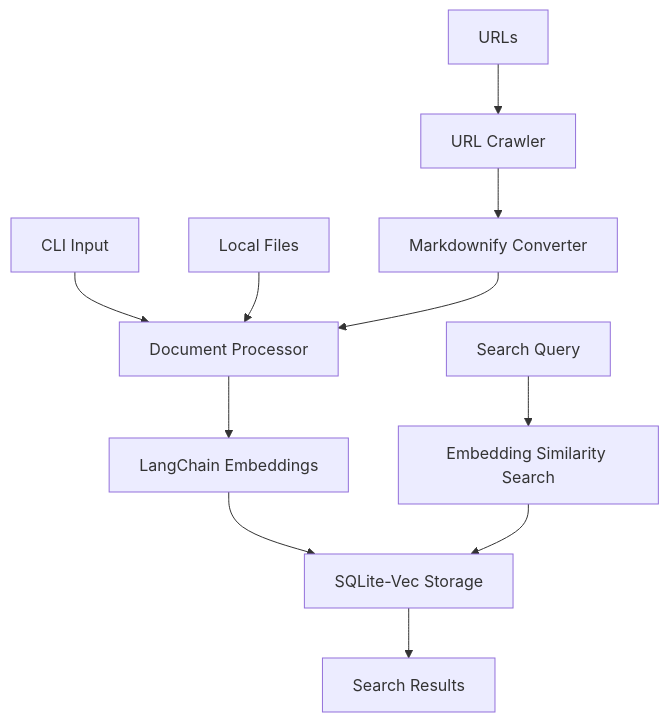
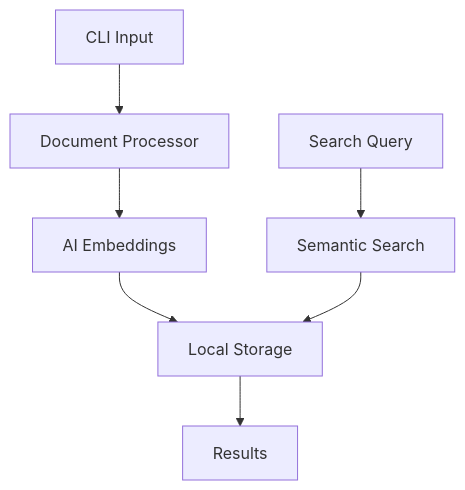
One commit to karimQuant/kcli changed the diagram in README.md. Above: the diagram before and after it, drawn with Mermaid. The commit also changed other lines of this file and 5 other files, not shown here.

````diff
--- a/README.md
+++ b/README.md
@@ -18,13 +59,9 @@
 ```mermaid
 graph TD
     A[CLI Input] --> B[Document Processor]
-    B --> C[LangChain Embeddings]
-    C --> D[SQLite-Vec Storage]
-    E[Local Files] --> B
-    F[URLs] --> G[URL Crawler]
-    G --> H[Markdownify Converter]
-    H --> B
-    I[Search Query] --> J[Embedding Similarity Search]
-    J --> D
-    D --> K[Search Results]
+    B --> C[AI Embeddings]
+    C --> D[Local Storage]
+    E[Search Query] --> F[Semantic Search]
+    F --> D
+    D --> G[Results]
 ```
````
